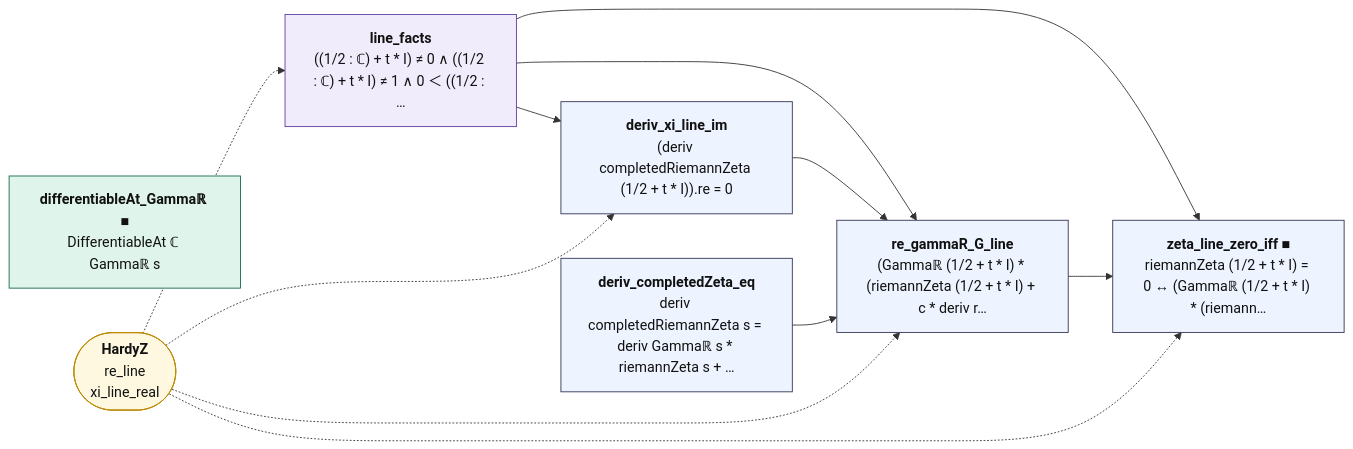
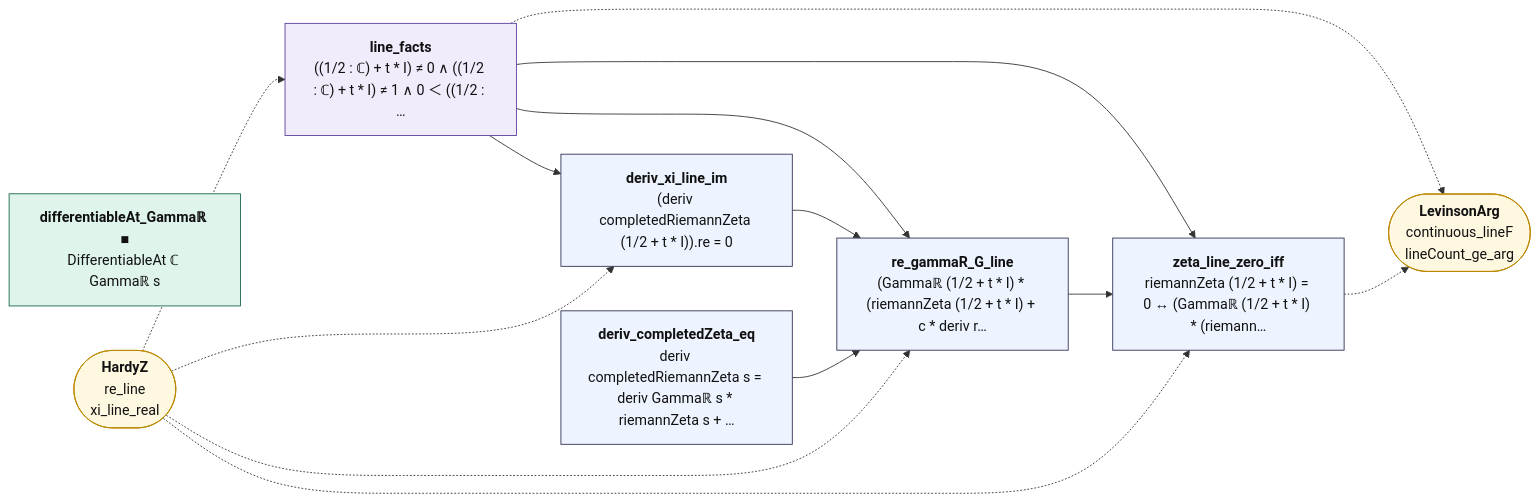
One commit to juliansambranojr/Primebeat_081426 changed the diagram in map/lean_stage3/LevinsonLine.md. Above: the diagram before and after it, drawn with Mermaid. The commit also changed other lines of this file and 15 other files, not shown here.

````diff
--- a/map/lean_stage3/LevinsonLine.md
+++ b/map/lean_stage3/LevinsonLine.md
@@ -14,28 +14,31 @@
 ```mermaid
 flowchart LR
   n0["<b>line_facts</b><br/>((1/2 : ℂ) + t * I) ≠ 0 ∧ ((1/2 : ℂ) + t * I) ≠ 1 ∧ 0 ＜ ((1/2 : …"]:::shp
   n1["<b>deriv_xi_line_im</b><br/>(deriv completedRiemannZeta (1/2 + t * I)).re = 0"]:::thm
   n2["<b>differentiableAt_Gammaℝ ■</b><br/>DifferentiableAt ℂ Gammaℝ s"]:::cnt
   n3["<b>deriv_completedZeta_eq</b><br/>deriv completedRiemannZeta s = deriv Gammaℝ s * riemannZeta s + …"]:::thm
   n4["<b>re_gammaR_G_line</b><br/>(Gammaℝ (1/2 + t * I) * (riemannZeta (1/2 + t * I) + c * deriv r…"]:::thm
-  n5["<b>zeta_line_zero_iff ■</b><br/>riemannZeta (1/2 + t * I) = 0 ↔ (Gammaℝ (1/2 + t * I) * (riemann…"]:::thm
+  n5["<b>zeta_line_zero_iff</b><br/>riemannZeta (1/2 + t * I) = 0 ↔ (Gammaℝ (1/2 + t * I) * (riemann…"]:::thm
   x0(["<b>HardyZ</b><br/>re_line<br/>xi_line_real"]):::ext
+  x1(["<b>LevinsonArg</b><br/>continuous_lineF<br/>lineCount_ge_arg"]):::ext
   n0 --> n1
   n0 --> n4
   n0 --> n5
   n1 --> n4
   n3 --> n4
   n4 --> n5
+  n0 -.-> x1
+  n5 -.-> x1
   x0 -.-> n0
   x0 -.-> n1
   x0 -.-> n4
   x0 -.-> n5
   classDef cnt fill:#dff5ec,stroke:#17694a,color:#111
   classDef shp fill:#f1ecfb,stroke:#5b3fa0,color:#111
   classDef rh fill:#ffe5e5,stroke:#c22,color:#111,stroke-width:2px
   classDef thm fill:#eef4ff,stroke:#335,color:#111
   classDef end_ fill:#e7f7e7,stroke:#2a7,color:#111,stroke-width:2px
   classDef lone fill:#fff,stroke:#999,color:#111,stroke-dasharray:4 3
   classDef bad fill:#ffe5e5,stroke:#c22,color:#111,stroke-width:2px
   classDef ext fill:#fff8e1,stroke:#b80,color:#111
 ```
````
